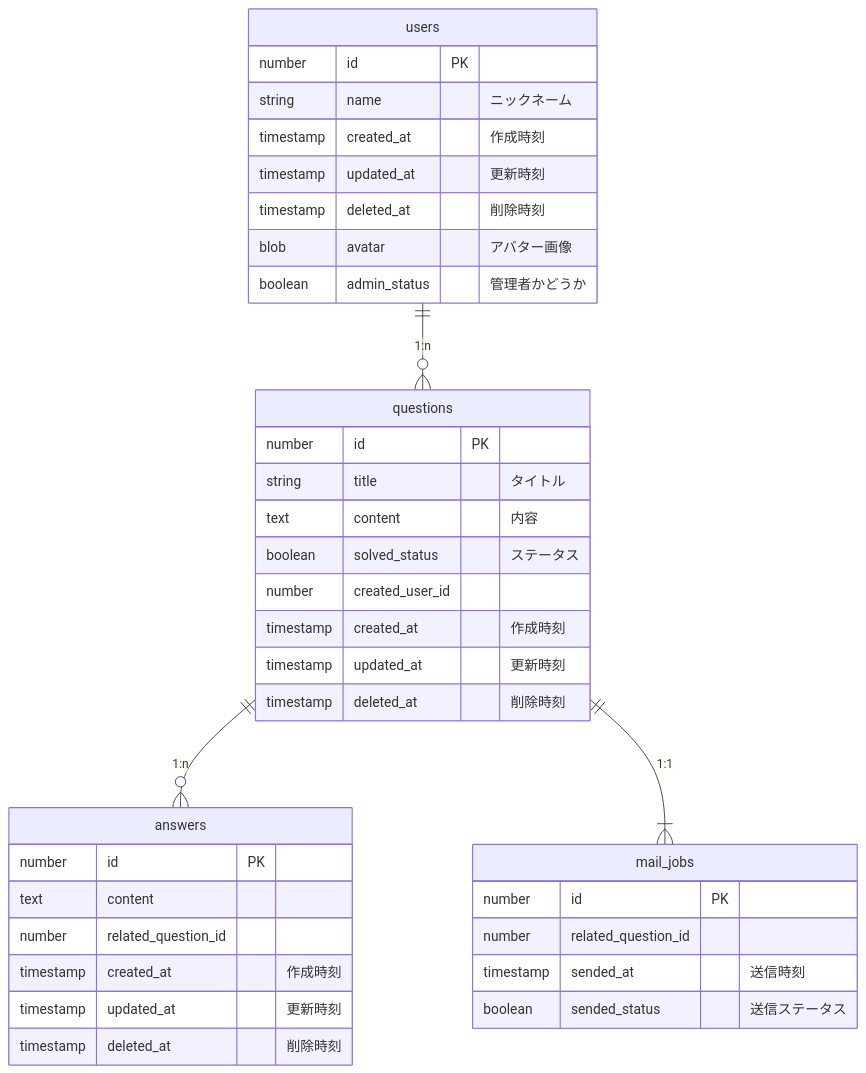
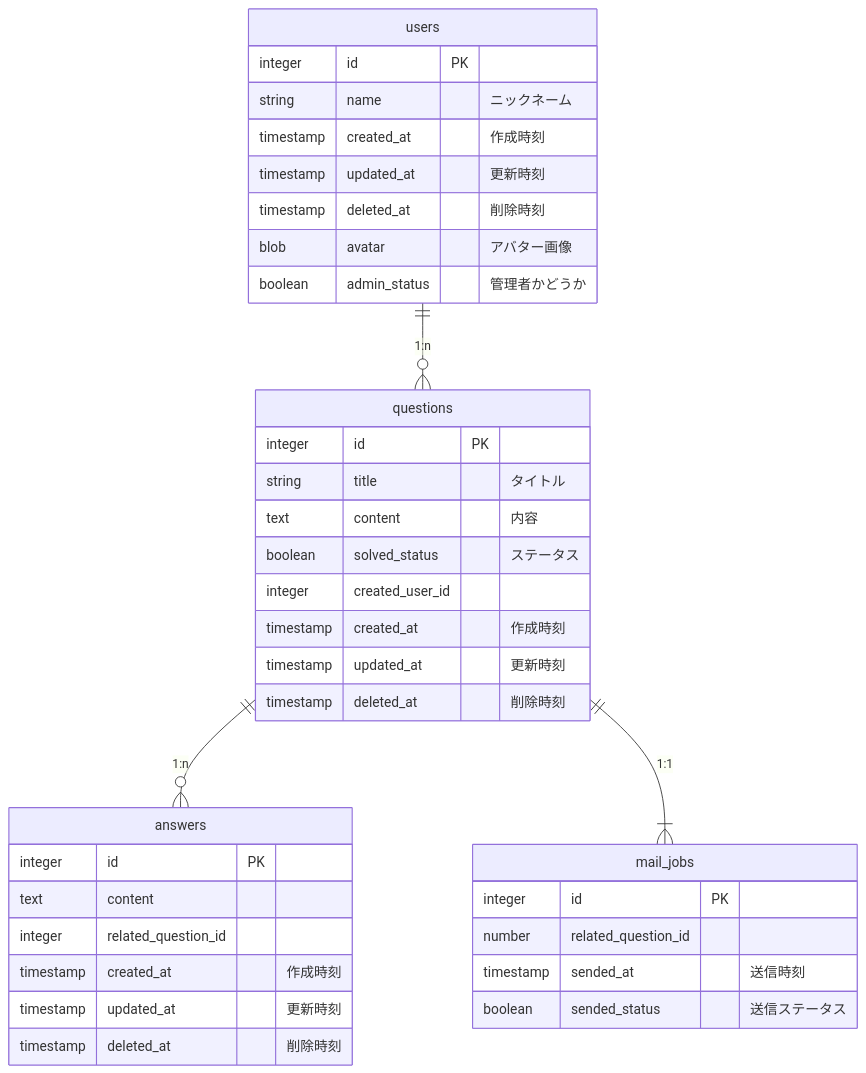
Before and after one commit to DaichiSaito/rails_practice_for_beginner_template: the diagram in README.md, drawn with Mermaid.

Commit message:
📝 numberからintegerに変更

````diff
--- a/README.md
+++ b/README.md
@@ -19,45 +19,45 @@
 ```mermaid
 erDiagram
 users ||--o{ questions: "1:n"
 questions ||--o{ answers: "1:n"
 questions ||--|{ mail_jobs: "1:1"
 
 users {
-  number id PK
+  integer id PK
   string name "ニックネーム"
   timestamp created_at "作成時刻"
   timestamp updated_at "更新時刻"
   timestamp deleted_at "削除時刻"
   blob avatar "アバター画像"
   boolean admin_status "管理者かどうか"
 }
 
 questions{
-  number id PK
+  integer id PK
   string title "タイトル"
   text content "内容"
   boolean solved_status "ステータス"
-  number created_user_id
+  integer created_user_id
   timestamp created_at "作成時刻"
   timestamp updated_at "更新時刻"
   timestamp deleted_at "削除時刻"
 }
 
 answers{
-  number id PK
+  integer id PK
   text content
-  number related_question_id
+  integer related_question_id
   timestamp created_at "作成時刻"
   timestamp updated_at "更新時刻"
   timestamp deleted_at "削除時刻"
 }
 
 mail_jobs{
-  number id PK
+  integer id PK
   number related_question_id
   timestamp sended_at "送信時刻"
   boolean sended_status "送信ステータス"
 }
 
 
 ```
````
